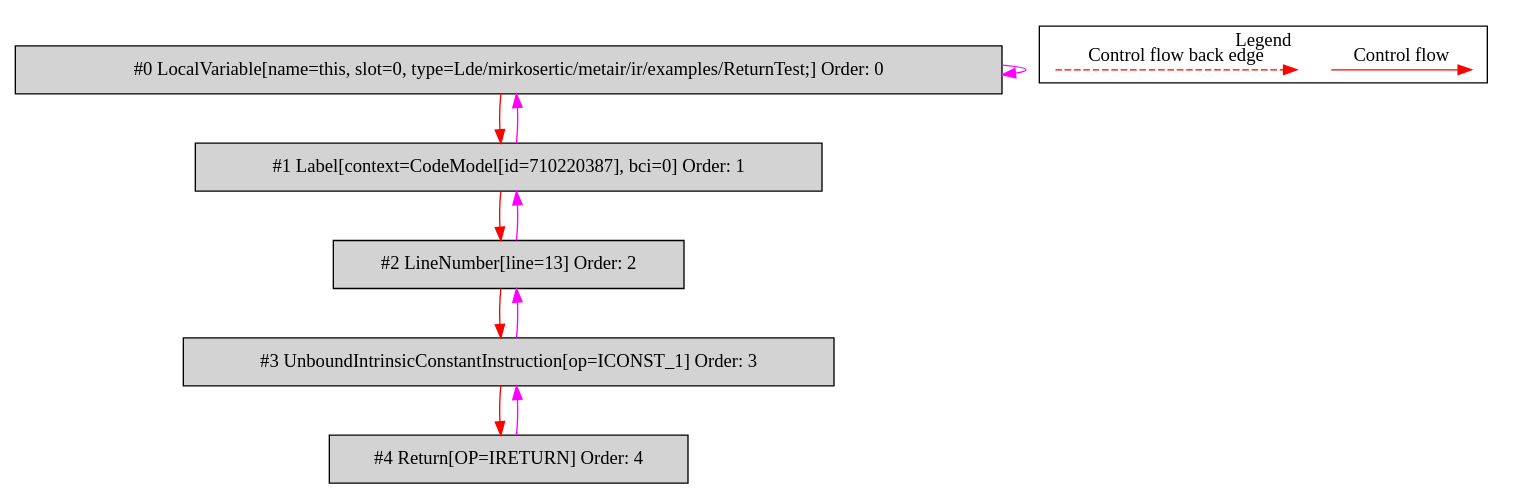
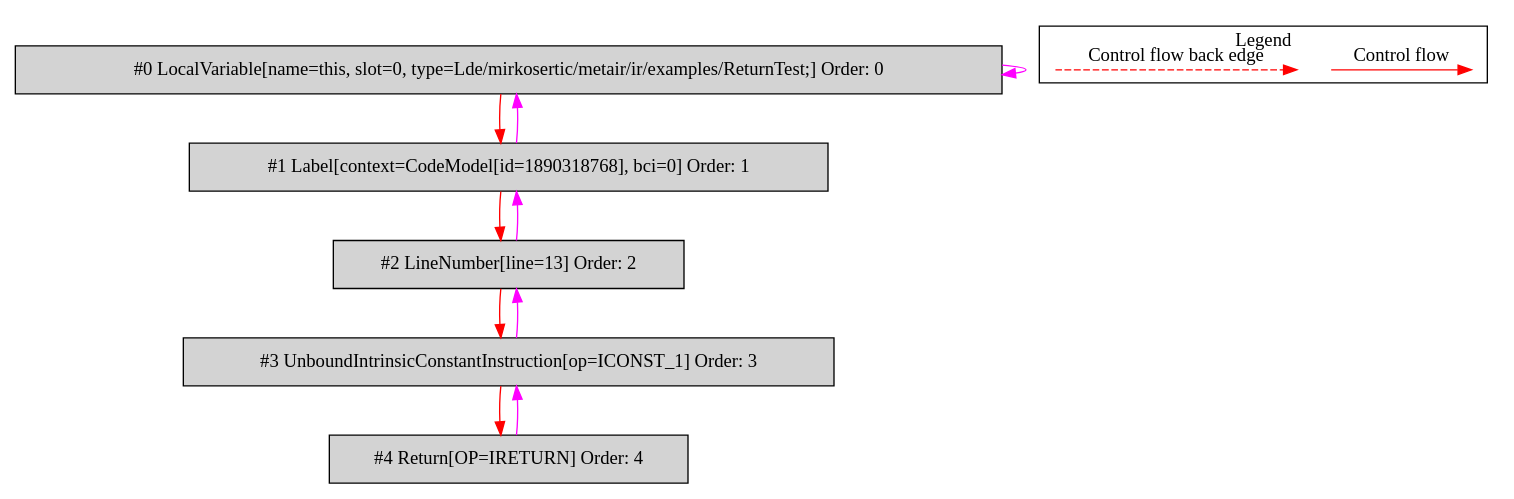
Before and after one commit to mirkosertic/MetaIR: the diagram in de.mirkosertic.metair.ir.examples.ReturnTest/returnBoolean/bytecodecfg.dot, drawn with Graphviz. The commit also changed 1240 other files, not shown here.

```diff
--- a/de.mirkosertic.metair.ir.examples.ReturnTest/returnBoolean/bytecodecfg.dot
+++ b/de.mirkosertic.metair.ir.examples.ReturnTest/returnBoolean/bytecodecfg.dot
@@ -1,31 +1,31 @@
 digraph {
  ordering="in";
  node0[label="#0 LocalVariable[name=this, slot=0, type=Lde/mirkosertic/metair/ir/examples/ReturnTest;] Order: 0", shape=box, fillcolor=lightgrey, style=filled];
- node1[label="#1 Label[context=CodeModel[id=710220387], bci=0] Order: 1", shape=box, fillcolor=lightgrey, style=filled];
+ node1[label="#1 Label[context=CodeModel[id=1890318768], bci=0] Order: 1", shape=box, fillcolor=lightgrey, style=filled];
  node2[label="#2 LineNumber[line=13] Order: 2", shape=box, fillcolor=lightgrey, style=filled];
  node3[label="#3 UnboundIntrinsicConstantInstruction[op=ICONST_1] Order: 3", shape=box, fillcolor=lightgrey, style=filled];
  node4[label="#4 Return[OP=IRETURN] Order: 4", shape=box, fillcolor=lightgrey, style=filled];
  node0 -> node0[color=fuchsia];
  node0 -> node1[color=red];
  node1 -> node0[color=fuchsia];
  node1 -> node2[color=red];
  node2 -> node1[color=fuchsia];
  node2 -> node3[color=red];
  node3 -> node2[color=fuchsia];
  node3 -> node4[color=red];
  node4 -> node3[color=fuchsia];
  subgraph cluster_000 {
   label = "Legend";
   node [shape=point]
   {
    rank=same;
    c0 [style = invis];
    c1 [style = invis];
    c2 [style = invis];
    c3 [style = invis];
   }
   c0 -> c1 [label="Control flow", style=solid, color=red]
   c2 -> c3 [label="Control flow back edge", style=dashed, color=red]
  }
 
 }
```
